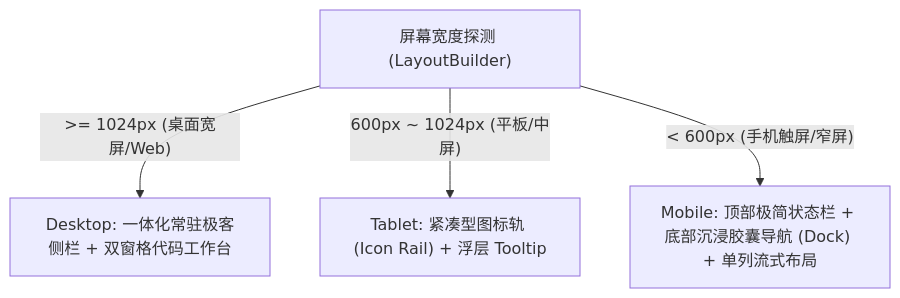
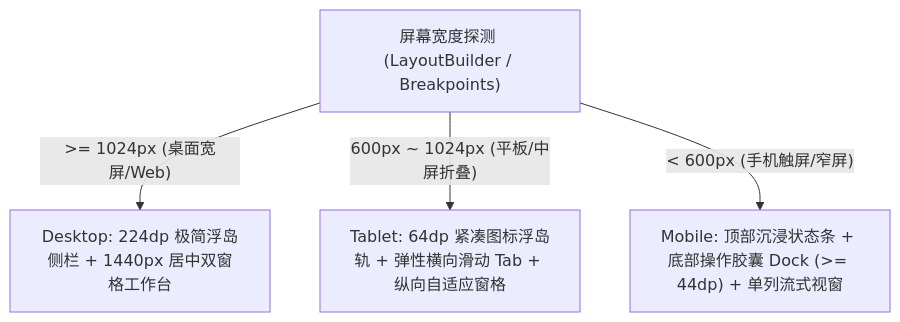
One commit to atengk/Ateng-Flutter changed the diagram in DESIGN.md. Above: the diagram before and after it, drawn with Mermaid. The commit also changed other lines of this file and 28 other files, not shown here.

````diff
--- a/DESIGN.md
+++ b/DESIGN.md
@@ -76,7 +151,7 @@
 ```mermaid
 flowchart TD
-    Screen["屏幕宽度探测 (LayoutBuilder)"]
-    Screen -->|">= 1024px (桌面宽屏/Web)"| Desktop["Desktop: 一体化常驻极客侧栏 + 双窗格代码工作台"]
-    Screen -->|"600px ~ 1024px (平板/中屏)"| Tablet["Tablet: 紧凑型图标轨 (Icon Rail) + 浮层 Tooltip"]
-    Screen -->|"< 600px (手机触屏/窄屏)"| Mobile["Mobile: 顶部极简状态栏 + 底部沉浸胶囊导航 (Dock) + 单列流式布局"]
+    Screen["屏幕宽度探测 (LayoutBuilder / Breakpoints)"]
+    Screen -->|">= 1024px (桌面宽屏/Web)"| Desktop["Desktop: 224dp 极简浮岛侧栏 + 1440px 居中双窗格工作台"]
+    Screen -->|"600px ~ 1024px (平板/中屏折叠)"| Tablet["Tablet: 64dp 紧凑图标浮岛轨 + 弹性横向滑动 Tab + 纵向自适应窗格"]
+    Screen -->|"< 600px (手机触屏/窄屏)"| Mobile["Mobile: 顶部沉浸状态条 + 底部操作胶囊 Dock (>= 44dp) + 单列流式视窗"]
 ```
````
